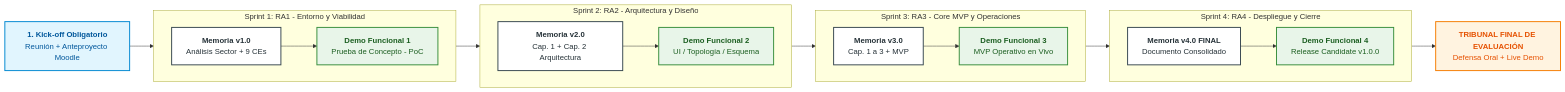
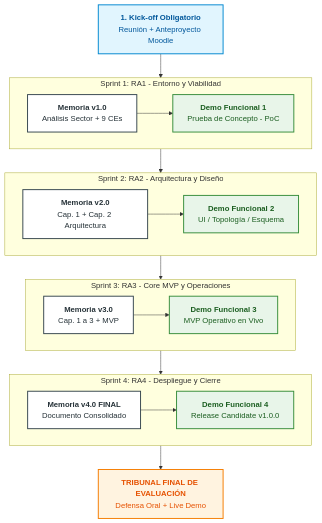
One commit to fencgut961/PI_26_27 changed the first of 13 diagrams in RA1.md. Above: the diagram before and after it, drawn with Mermaid. The commit also changed other lines of this file, not shown here.

````diff
--- a/RA1.md
+++ b/RA1.md
@@ -60,37 +44,37 @@
 ```mermaid
-flowchart LR
+flowchart TD
     classDef kickoff fill:#e1f5fe,stroke:#0288d1,stroke-width:2px,color:#01579b;
     classDef sprint fill:#ffffff,stroke:#37474f,stroke-width:2px,color:#263238;
     classDef demo fill:#e8f5e9,stroke:#388e3c,stroke-width:2px,color:#1b5e20;
     classDef final fill:#fff3e0,stroke:#f57c00,stroke-width:2px,color:#e65100;
 
     K["<b>1. Kick-off Obligatorio</b><br/>Reunión + Anteproyecto Moodle"]:::kickoff --> S1
 
     subgraph S1_BOX ["Sprint 1: RA1 - Entorno y Viabilidad"]
         direction LR
         S1["<b>Memoria v1.0</b><br/>Análisis Sector + 9 CEs"]:::sprint --> D1["<b>Demo Funcional 1</b><br/>Prueba de Concepto - PoC"]:::demo
     end
 
-    D1 --> S2_BOX
+    D1 --> S2
 
     subgraph S2_BOX ["Sprint 2: RA2 - Arquitectura y Diseño"]
         direction LR
         S2["<b>Memoria v2.0</b><br/>Cap. 1 + Cap. 2 Arquitectura"]:::sprint --> D2["<b>Demo Funcional 2</b><br/>UI / Topología / Esquema"]:::demo
     end
 
-    D2 --> S3_BOX
+    D2 --> S3
 
     subgraph S3_BOX ["Sprint 3: RA3 - Core MVP y Operaciones"]
         direction LR
         S3["<b>Memoria v3.0</b><br/>Cap. 1 a 3 + MVP"]:::sprint --> D3["<b>Demo Funcional 3</b><br/>MVP Operativo en Vivo"]:::demo
     end
 
-    D3 --> S4_BOX
+    D3 --> S4
 
     subgraph S4_BOX ["Sprint 4: RA4 - Despliegue y Cierre"]
         direction LR
         S4["<b>Memoria v4.0 FINAL</b><br/>Documento Consolidado"]:::sprint --> D4["<b>Demo Funcional 4</b><br/>Release Candidate v1.0.0"]:::demo
     end
 
     D4 --> TRIBUNAL["<b>TRIBUNAL FINAL DE EVALUACIÓN</b><br/>Defensa Oral + Live Demo"]:::final
 ```
````
